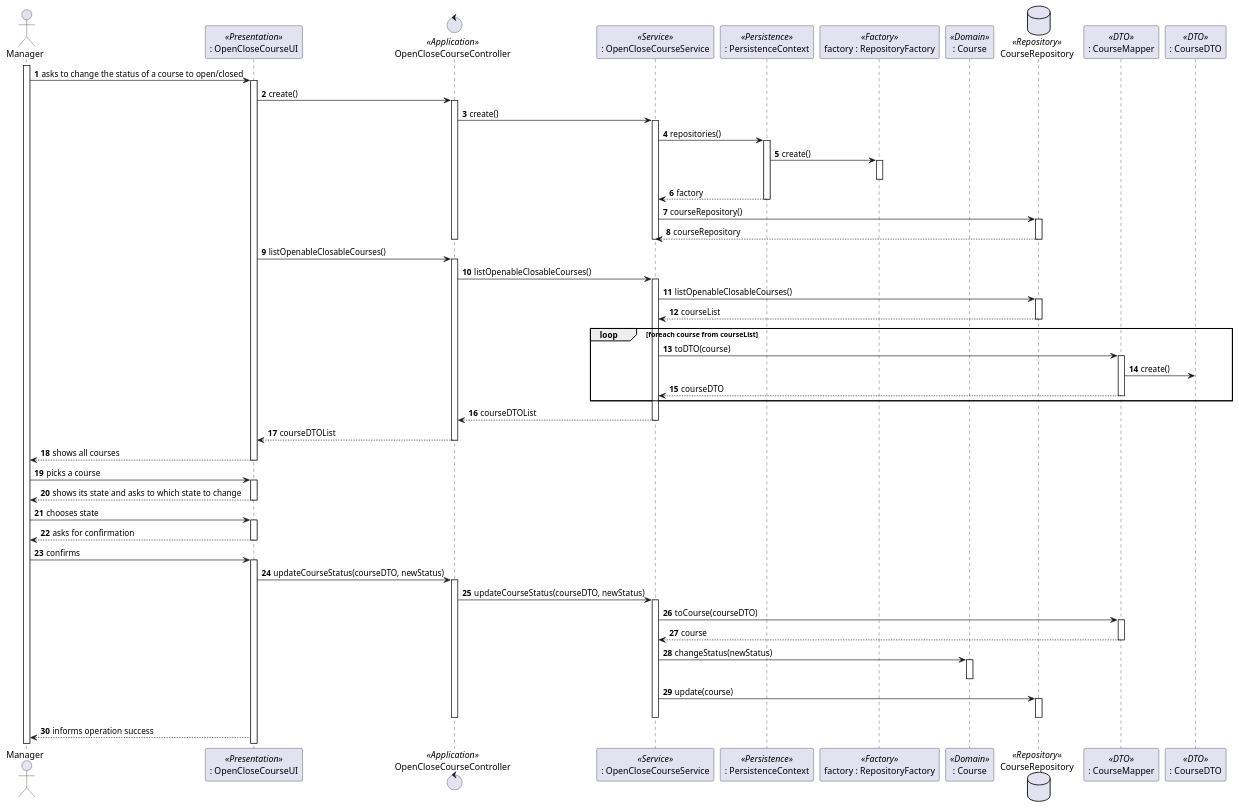
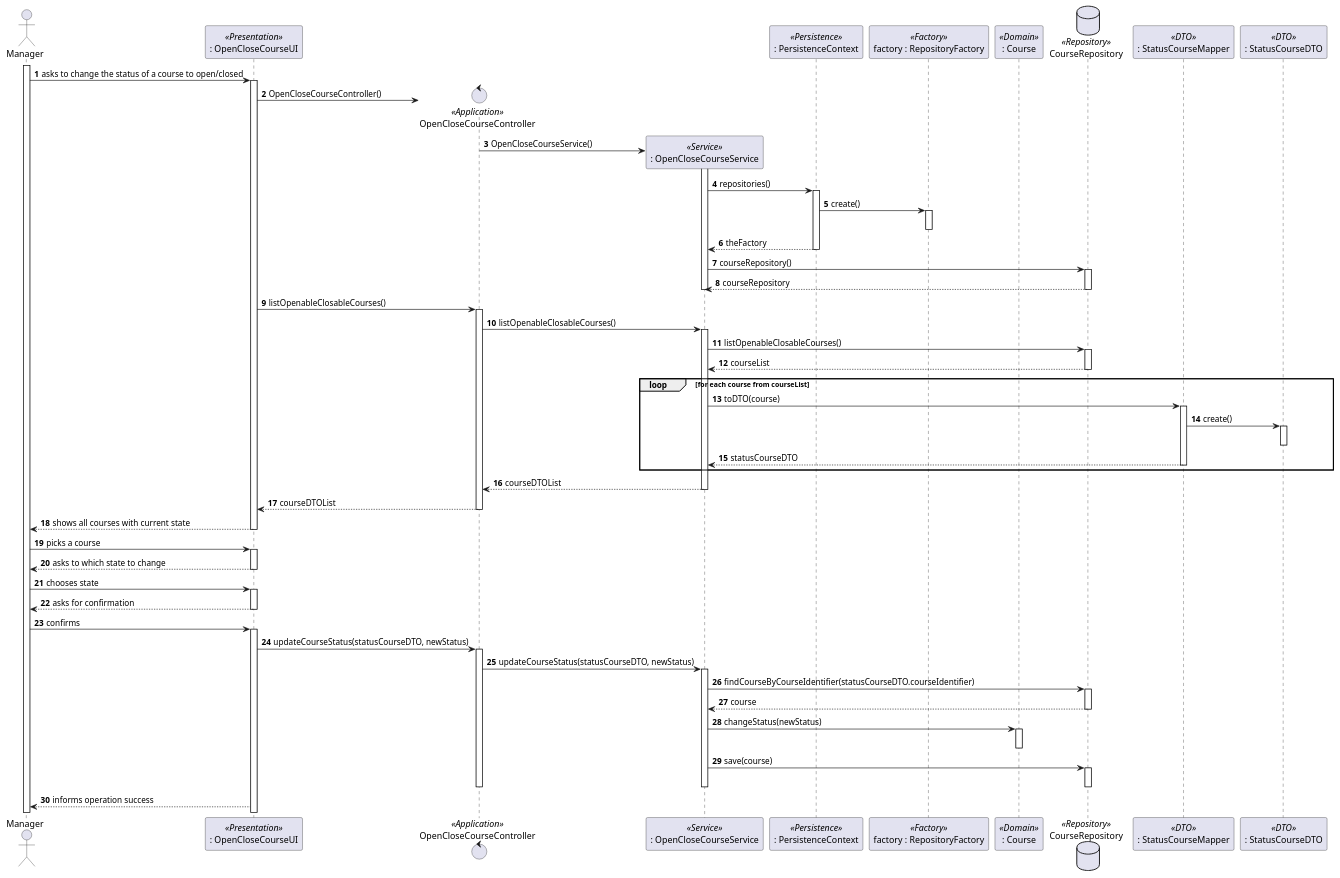
One commit to Marco-Nobrega-Andrade/sem4pi_22_23 changed the diagram in docs/Sprint_B/us_1004/us_1004_SD.puml. Above: the diagram before and after it, drawn with PlantUML. The commit also changed 1 other file, not shown here.

Commit message:
[US_1004][Design] Changed the SD to have better matching names and changed controller, service creation

```diff
--- a/docs/Sprint_B/us_1004/us_1004_SD.puml
+++ b/docs/Sprint_B/us_1004/us_1004_SD.puml
@@ -1,95 +1,95 @@
 @startuml
 autonumber
 actor "Manager" as MGR
 
 participant ": OpenCloseCourseUI" as UI <<Presentation>>
 control "OpenCloseCourseController" as CTRL <<Application>>
 participant ": OpenCloseCourseService" as CSS <<Service>>
 participant ": PersistenceContext" as PC <<Persistence>>
 participant "factory : RepositoryFactory" as RF <<Factory>>
 participant ": Course" as C <<Domain>>
 database CourseRepository as CR <<Repository>>
-participant ": CourseMapper" as CM <<DTO>>
-participant ": CourseDTO" as CDTO <<DTO>>
+participant ": StatusCourseMapper" as CM <<DTO>>
+participant ": StatusCourseDTO" as CDTO <<DTO>>
 
 activate MGR
 MGR -> UI : asks to change the status of a course to open/closed
 activate UI
-UI -> CTRL : create()
-activate CTRL
-CTRL -> CSS : create()
+UI -> CTRL ** : OpenCloseCourseController()
+CTRL -> CSS ** : OpenCloseCourseService()
 activate CSS
 CSS -> PC : repositories()
 activate PC
 PC -> RF : create()
 activate RF
 deactivate RF
-PC --> CSS : factory
+PC --> CSS : theFactory
 deactivate PC
 CSS ->CR : courseRepository()
 activate CR
 CR --> CSS : courseRepository
 deactivate CR
 deactivate CSS
 deactivate CTRL
 
 
 UI->CTRL : listOpenableClosableCourses()
 activate CTRL
 CTRL-> CSS : listOpenableClosableCourses()
 activate CSS
 CSS -> CR : listOpenableClosableCourses()
 activate CR
 CR --> CSS : courseList
 deactivate CR
 deactivate CR
-loop foreach course from courseList
+loop for each course from courseList
 CSS -> CM : toDTO(course)
 activate CM
 CM -> CDTO : create()
+activate CDTO
 deactivate CDTO
-CM --> CSS : courseDTO
+CM --> CSS : statusCourseDTO
 deactivate CM
 end loop
 CSS --> CTRL : courseDTOList
 deactivate CSS
 CTRL --> UI : courseDTOList
 deactivate CTRL
 
-UI --> MGR : shows all courses
+UI --> MGR : shows all courses with current state
 deactivate UI
 
 MGR -> UI : picks a course
 activate UI
 
-UI --> MGR : shows its state and asks to which state to change
+UI --> MGR : asks to which state to change
 deactivate UI
 MGR -> UI : chooses state
 activate UI
 UI --> MGR : asks for confirmation
 deactivate UI
 
 MGR-> UI : confirms
 activate UI
-UI -> CTRL : updateCourseStatus(courseDTO, newStatus)
+UI -> CTRL : updateCourseStatus(statusCourseDTO, newStatus)
 activate CTRL
 
-CTRL -> CSS : updateCourseStatus(courseDTO, newStatus)
+CTRL -> CSS : updateCourseStatus(statusCourseDTO, newStatus)
 activate CSS
-CSS -> CM : toCourse(courseDTO)
-activate CM
-CM --> CSS : course
-deactivate CM
+CSS -> CR : findCourseByCourseIdentifier(statusCourseDTO.courseIdentifier)
+activate CR
+CR --> CSS : course
+deactivate CR
 CSS -> C : changeStatus(newStatus)
 activate C
 deactivate C
 
-CSS -> CR : update(course)
+CSS -> CR : save(course)
 activate CR
 deactivate CR
 deactivate CSS
 deactivate CTRL
 
 UI--> MGR : informs operation success
 
 @enduml
```
